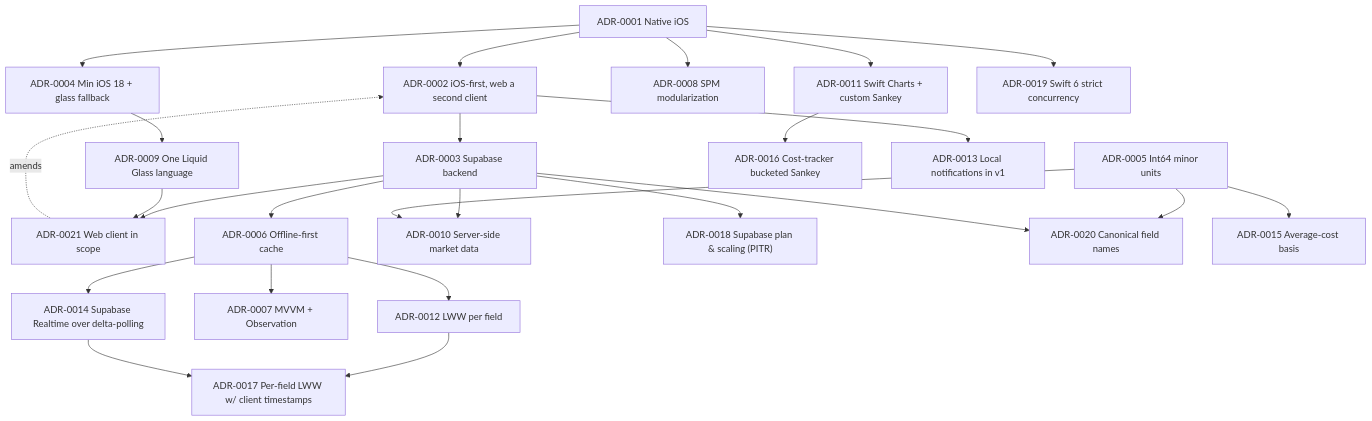
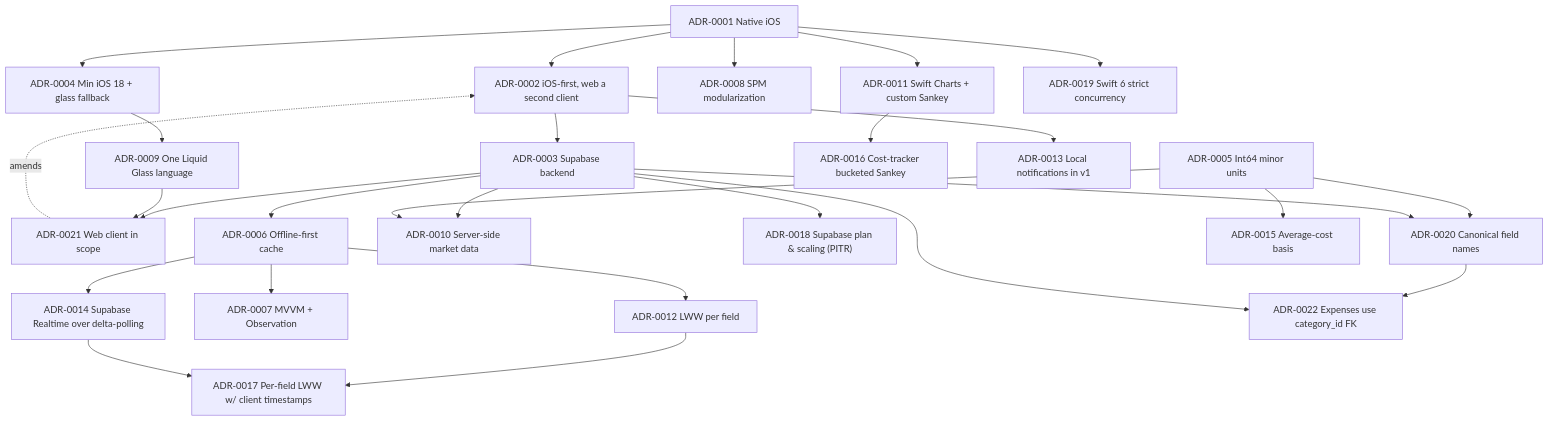
The diagram in docs/12-decisions-adr.md (RNT56/finmate), drawn with Mermaid before and after one commit. The commit also changed other lines of this file and 15 other files, not shown here.

First line of the commit message:
refactor: expenses use the normalized category_id FK (ADR-0022, both clients)

````diff
--- a/docs/12-decisions-adr.md
+++ b/docs/12-decisions-adr.md
@@ -750,27 +784,29 @@
 ```mermaid
 flowchart TD
     A1["ADR-0001 Native iOS"] --> A2["ADR-0002 iOS-first, web a second client"]
     A2 --> A3["ADR-0003 Supabase backend"]
     A21["ADR-0021 Web client in scope"] -. amends .-> A2
     A3 --> A21
     A9 --> A21
     A1 --> A4["ADR-0004 Min iOS 18 + glass fallback"]
     A4 --> A9["ADR-0009 One Liquid Glass language"]
     A3 --> A6["ADR-0006 Offline-first cache"]
     A6 --> A12["ADR-0012 LWW per field"]
     A6 --> A7["ADR-0007 MVVM + Observation"]
     A1 --> A8["ADR-0008 SPM modularization"]
     A3 --> A10["ADR-0010 Server-side market data"]
     A5["ADR-0005 Int64 minor units"] --> A10
     A1 --> A11["ADR-0011 Swift Charts + custom Sankey"]
     A11 --> A16["ADR-0016 Cost-tracker bucketed Sankey"]
     A12 --> A17["ADR-0017 Per-field LWW w/ client timestamps"]
     A14 --> A17
     A3 --> A18["ADR-0018 Supabase plan & scaling (PITR)"]
     A1 --> A19["ADR-0019 Swift 6 strict concurrency"]
     A5 --> A20["ADR-0020 Canonical field names"]
     A3 --> A20
+    A20 --> A22["ADR-0022 Expenses use category_id FK"]
+    A3 --> A22
     A6 --> A14["ADR-0014 Supabase Realtime over delta-polling"]
     A2 --> A13["ADR-0013 Local notifications in v1"]
     A5 --> A15["ADR-0015 Average-cost basis"]
 ```
````
